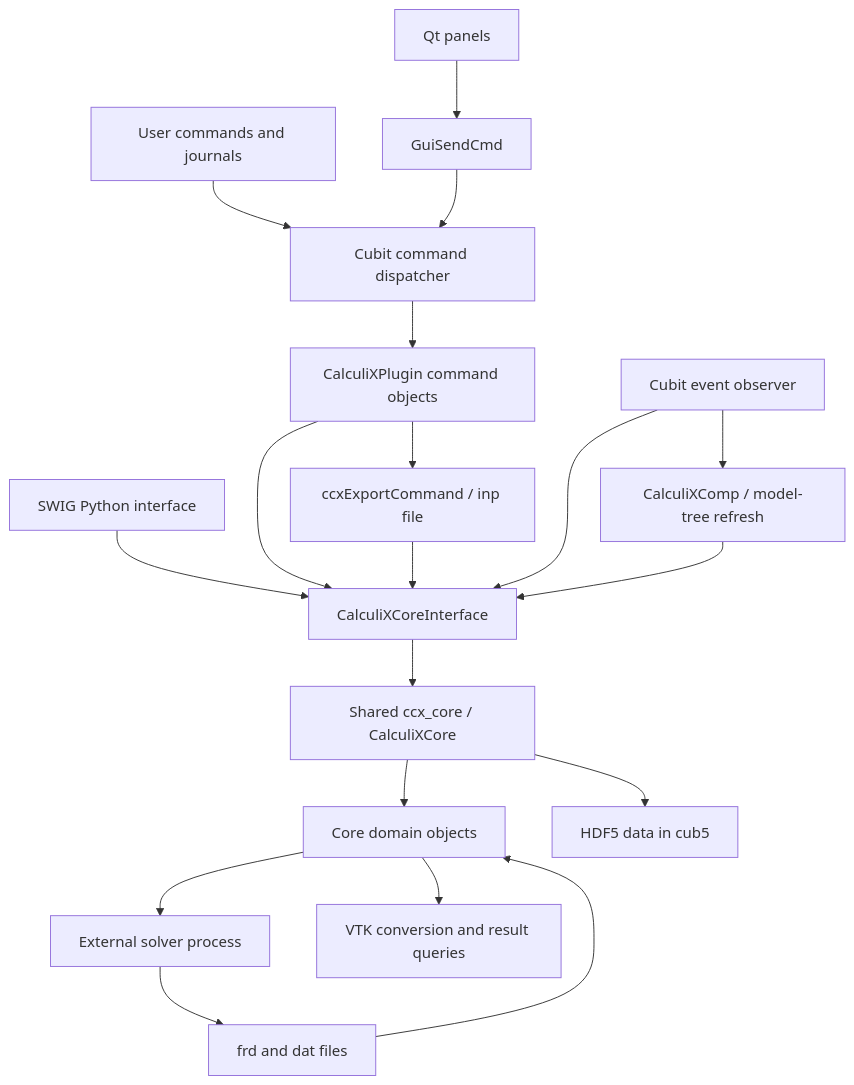
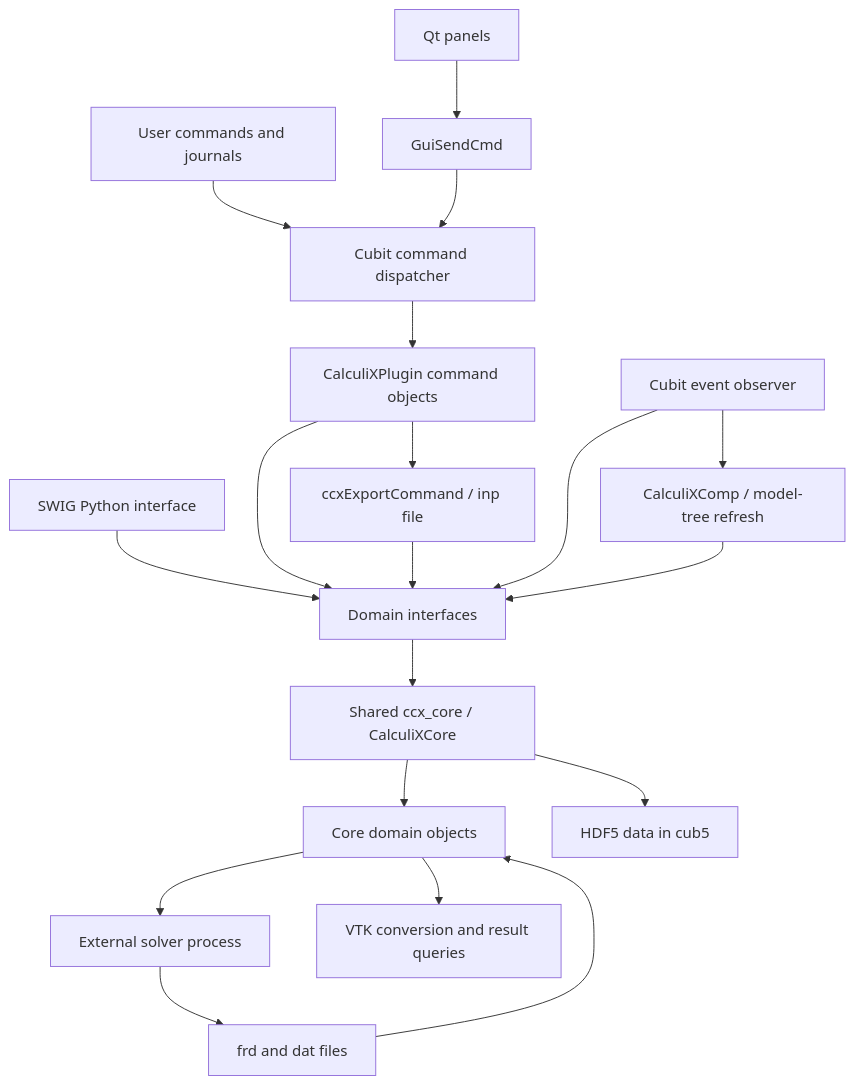
The diagram in docs/architecture.md (calculix/Cubit-CalculiX), drawn with Mermaid before and after one commit. The commit also changed other lines of this file and 1686 other files, not shown here.

````diff
--- a/docs/architecture.md
+++ b/docs/architecture.md
@@ -11,21 +11,21 @@
 ```mermaid
 flowchart TD
     J[User commands and journals] --> C[Cubit command dispatcher]
     G[Qt panels] --> S[GuiSendCmd]
     S --> C
     C --> P[CalculiXPlugin command objects]
-    P --> I[CalculiXCoreInterface]
+    P --> I[Domain interfaces]
     PY[SWIG Python interface] --> I
     I --> M[Shared ccx_core / CalculiXCore]
     M --> D[Core domain objects]
     O[Cubit event observer] --> I
     O --> V[CalculiXComp / model-tree refresh]
     V --> I
     M --> H[HDF5 data in cub5]
     P --> E[ccxExportCommand / inp file]
     E --> I
     D --> X[External solver process]
     X --> R[frd and dat files]
     R --> D
     D --> W[VTK conversion and result queries]
 ```
````
